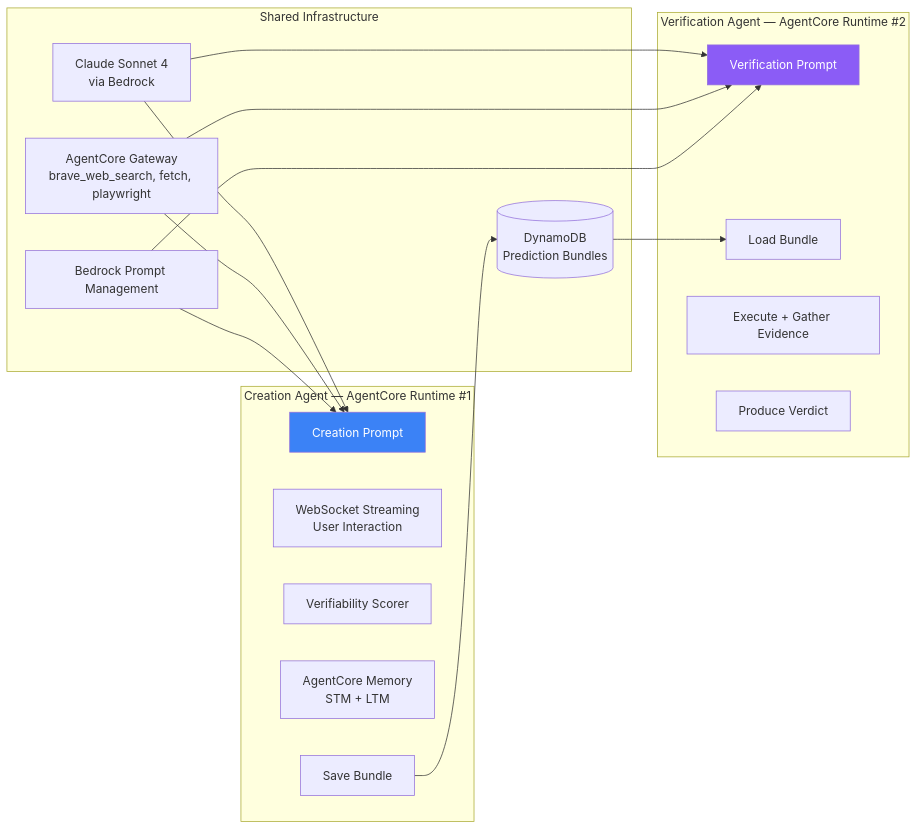
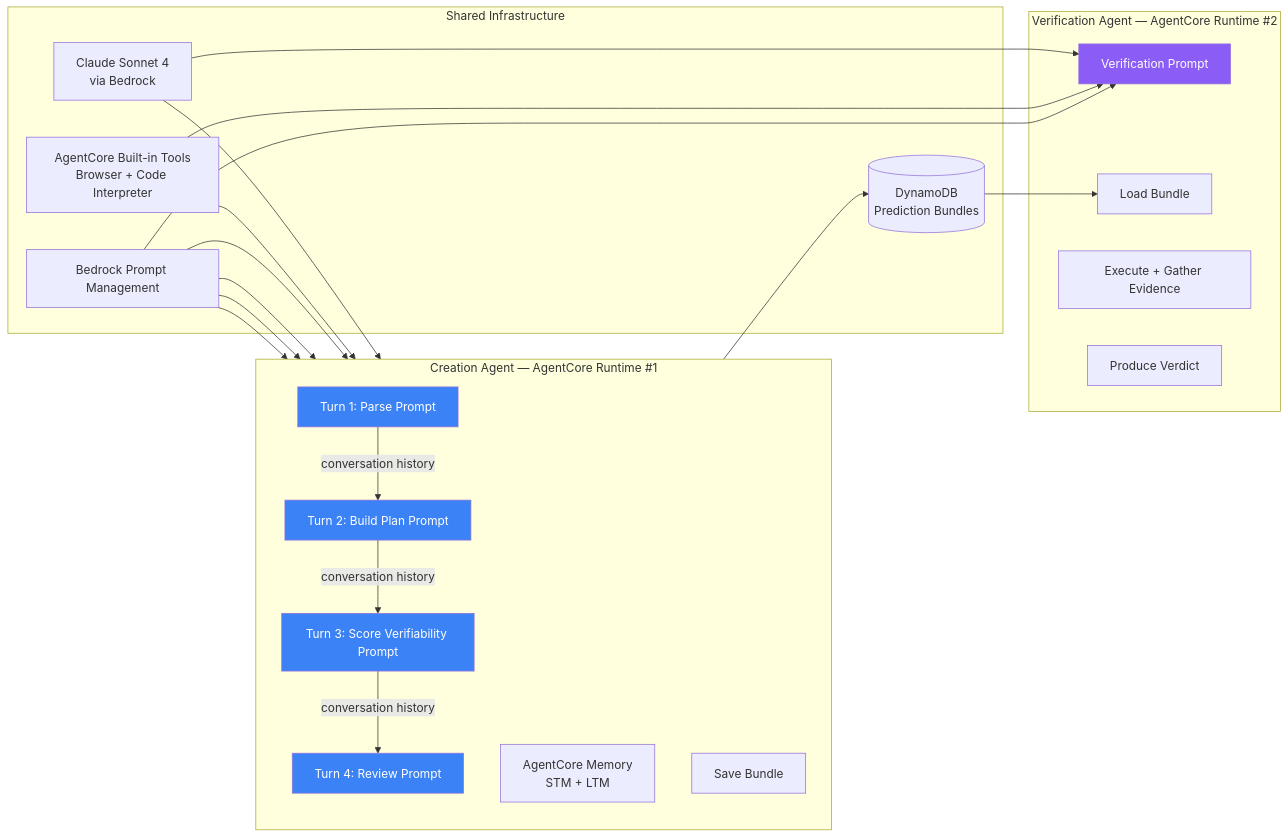
Before and after one commit to dimafarer/calledit: the third of 11 diagrams in docs/project-updates/v4-agentcore-architecture.md, drawn with Mermaid. The commit also changed other lines of this file and 7 other files, not shown here.

````diff
--- a/docs/project-updates/v4-agentcore-architecture.md
+++ b/docs/project-updates/v4-agentcore-architecture.md
@@ -179,36 +179,47 @@
 ```mermaid
 graph LR
     subgraph "Shared Infrastructure"
         MODEL[Claude Sonnet 4<br/>via Bedrock]
-        GW[AgentCore Gateway<br/>brave_web_search, fetch, playwright]
+        TOOLS[AgentCore Built-in Tools<br/>Browser + Code Interpreter]
         DDB[(DynamoDB<br/>Prediction Bundles)]
         PM[Bedrock Prompt Management]
     end
 
     subgraph "Creation Agent — AgentCore Runtime #1"
-        CP[Creation Prompt]
-        UI[WebSocket Streaming<br/>User Interaction]
-        VS[Verifiability Scorer]
+        direction TB
+        CP1[Turn 1: Parse Prompt]
+        CP2[Turn 2: Build Plan Prompt]
+        CP3[Turn 3: Score Verifiability Prompt]
+        CP4[Turn 4: Review Prompt]
+        CP1 -->|conversation history| CP2
+        CP2 -->|conversation history| CP3
+        CP3 -->|conversation history| CP4
         MEM1[AgentCore Memory<br/>STM + LTM]
         SAVE[Save Bundle]
     end
 
     subgraph "Verification Agent — AgentCore Runtime #2"
         VP[Verification Prompt]
         LOAD[Load Bundle]
         EXEC[Execute + Gather Evidence]
         VERDICT[Produce Verdict]
     end
 
-    MODEL --> CP
+    MODEL --> CP1
     MODEL --> VP
-    GW --> CP
-    GW --> VP
-    PM --> CP
+    TOOLS --> CP2
+    TOOLS --> VP
+    PM --> CP1
+    PM --> CP2
+    PM --> CP3
+    PM --> CP4
     PM --> VP
     SAVE --> DDB
     DDB --> LOAD
 
-    style CP fill:#3b82f6,color:#fff
+    style CP1 fill:#3b82f6,color:#fff
+    style CP2 fill:#3b82f6,color:#fff
+    style CP3 fill:#3b82f6,color:#fff
+    style CP4 fill:#3b82f6,color:#fff
     style VP fill:#8b5cf6,color:#fff
 ```
````
